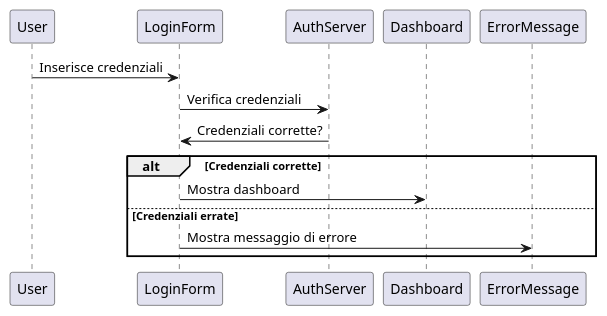
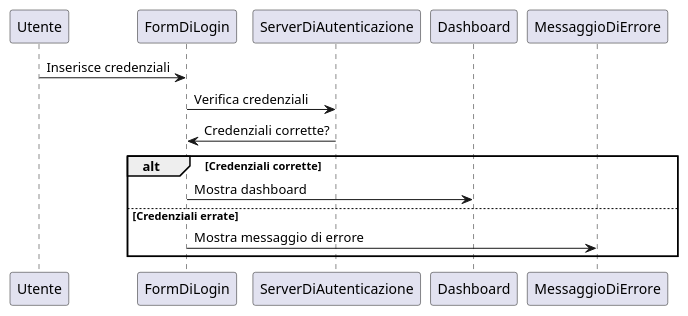
Before and after one commit to Francy-Coder/TPSI: the diagram in UML/Sequence Diagram/PrimiEsempi/LoginUtente/LoginUtente.puml, drawn with PlantUML.

```diff
--- a/UML/Sequence Diagram/PrimiEsempi/LoginUtente/LoginUtente.puml
+++ b/UML/Sequence Diagram/PrimiEsempi/LoginUtente/LoginUtente.puml
@@ -1,13 +1,13 @@
 @startuml
 
-User -> LoginForm: Inserisce credenziali
-LoginForm -> AuthServer: Verifica credenziali
-AuthServer -> LoginForm: Credenziali corrette?
+Utente -> FormDiLogin: Inserisce credenziali
+FormDiLogin -> ServerDiAutenticazione: Verifica credenziali
+ServerDiAutenticazione -> FormDiLogin: Credenziali corrette?
 
 alt Credenziali corrette
-    LoginForm -> Dashboard: Mostra dashboard
+    FormDiLogin -> Dashboard: Mostra dashboard
 else Credenziali errate
-    LoginForm -> ErrorMessage: Mostra messaggio di errore
+    FormDiLogin -> MessaggioDiErrore: Mostra messaggio di errore
 end
 
 @enduml
```
